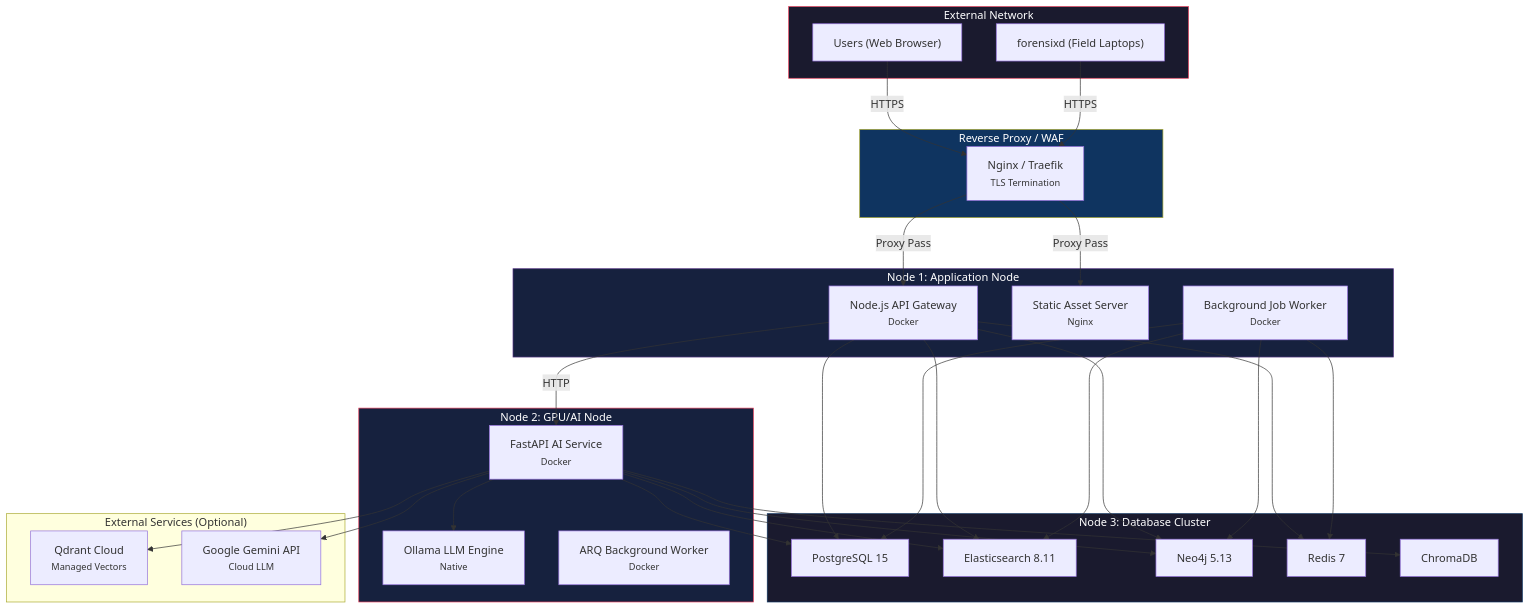
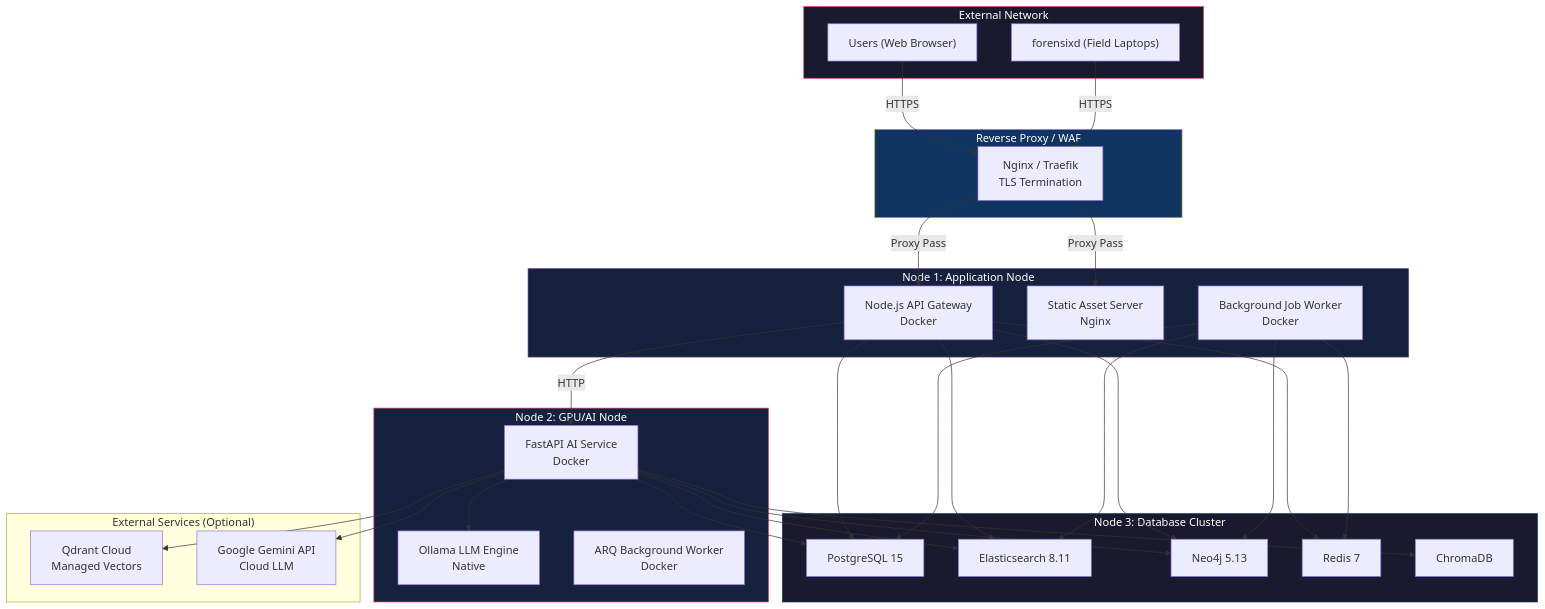
The diagram in DEPLOYMENT.md (beingbrijesh/CopSight), drawn with Mermaid before and after one commit. The commit also changed 4 other files, not shown here.

Commit message:
docs: Fix Mermaid diagram text cropping and add professional Contributors section

````diff
--- a/DEPLOYMENT.md
+++ b/DEPLOYMENT.md
@@ -11,51 +11,51 @@
 ```mermaid
 graph TD
     subgraph External["External Network"]
         Clients["Users (Web Browser)"]
         CLI["forensixd (Field Laptops)"]
     end
 
     subgraph Proxy["Reverse Proxy / WAF"]
-        Nginx["Nginx / Traefik<br/><small>TLS Termination</small>"]
+        Nginx["Nginx / Traefik<br/>TLS Termination"]
     end
 
     subgraph AppNode["Node 1: Application Node"]
-        Backend["Node.js API Gateway<br/><small>Docker</small>"]
-        Frontend["Static Asset Server<br/><small>Nginx</small>"]
-        BullWorker["Background Job Worker<br/><small>Docker</small>"]
+        Backend["Node.js API Gateway<br/>Docker"]
+        Frontend["Static Asset Server<br/>Nginx"]
+        BullWorker["Background Job Worker<br/>Docker"]
     end
 
     subgraph AINode["Node 2: GPU/AI Node"]
-        AIService["FastAPI AI Service<br/><small>Docker</small>"]
-        Ollama["Ollama LLM Engine<br/><small>Native</small>"]
-        ARQWorker["ARQ Background Worker<br/><small>Docker</small>"]
+        AIService["FastAPI AI Service<br/>Docker"]
+        Ollama["Ollama LLM Engine<br/>Native"]
+        ARQWorker["ARQ Background Worker<br/>Docker"]
     end
 
     subgraph DataNode["Node 3: Database Cluster"]
         PG["PostgreSQL 15"]
         ES["Elasticsearch 8.11"]
         Neo["Neo4j 5.13"]
         Redis["Redis 7"]
         Chroma["ChromaDB"]
     end
 
     subgraph Cloud["External Services (Optional)"]
-        Qdrant["Qdrant Cloud<br/><small>Managed Vectors</small>"]
-        Gemini["Google Gemini API<br/><small>Cloud LLM</small>"]
+        Qdrant["Qdrant Cloud<br/>Managed Vectors"]
+        Gemini["Google Gemini API<br/>Cloud LLM"]
     end
 
     Clients -->|"HTTPS"| Nginx
     CLI -->|"HTTPS"| Nginx
     Nginx -->|"Proxy Pass"| Frontend & Backend
     Backend -->|"HTTP"| AIService
     Backend --> PG & ES & Neo & Redis
     BullWorker --> PG & ES & Neo & Redis
     AIService --> PG & ES & Neo & Chroma & Qdrant
     AIService --> Ollama & Gemini
 
     style External fill:#1a1a2e,stroke:#e94560,color:#fff
     style Proxy fill:#0f3460,color:#fff
     style AppNode fill:#16213e,stroke:#533483,color:#fff
     style AINode fill:#16213e,stroke:#e94560,color:#fff
     style DataNode fill:#1a1a2e,stroke:#0f3460,color:#fff
 ```
````
